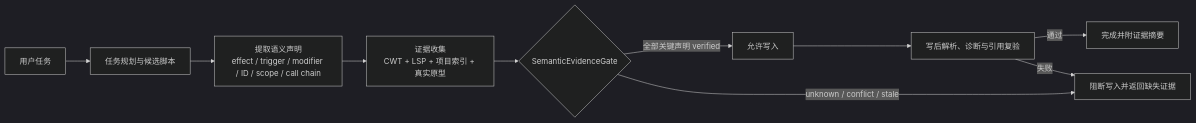
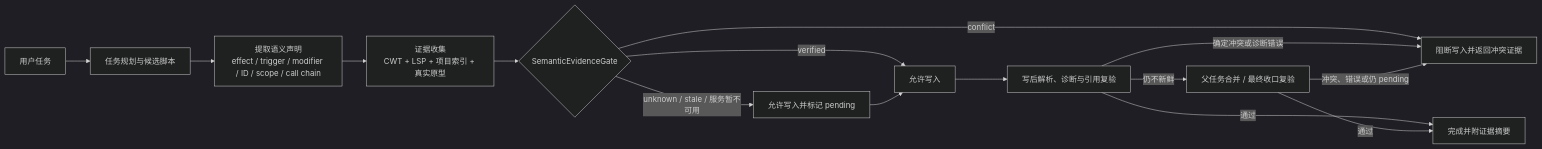
The diagram in docs/ai-agent-reliability-efficiency-plan.md (Aa728848/cwtools-vscode), drawn with Mermaid (dark theme) before and after one commit. The commit also changed other lines of this file and 24 other files, not shown here.

````diff
--- a/docs/ai-agent-reliability-efficiency-plan.md
+++ b/docs/ai-agent-reliability-efficiency-plan.md
@@ -97,12 +97,17 @@
 ```mermaid
 flowchart LR
     U["用户任务"] --> P["任务规划与候选脚本"]
     P --> C["提取语义声明\neffect / trigger / modifier / ID / scope / call chain"]
     C --> E["证据收集\nCWT + LSP + 项目索引 + 真实原型"]
     E --> G{"SemanticEvidenceGate"}
-    G -->|"全部关键声明 verified"| W["允许写入"]
-    G -->|"unknown / conflict / stale"| B["阻断写入并返回缺失证据"]
+    G -->|"conflict"| B["阻断写入并返回冲突证据"]
+    G -->|"verified"| W["允许写入"]
+    G -->|"unknown / stale / 服务暂不可用"| PENDING["允许写入并标记 pending"]
+    PENDING --> W
     W --> V["写后解析、诊断与引用复验"]
     V -->|"通过"| D["完成并附证据摘要"]
-    V -->|"失败"| B
+    V -->|"确定冲突或诊断错误"| B
+    V -->|"仍不新鲜"| F["父任务合并 / 最终收口复验"]
+    F -->|"通过"| D
+    F -->|"冲突、错误或仍 pending"| B
 ```
````
